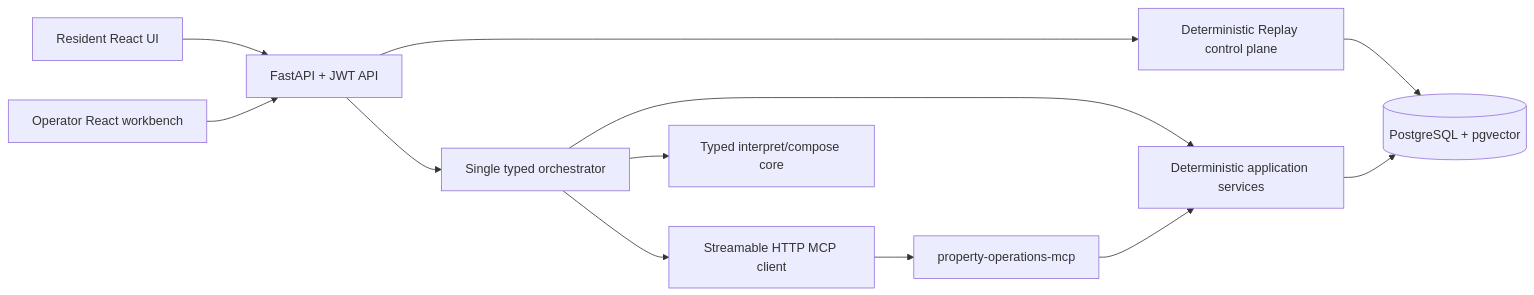
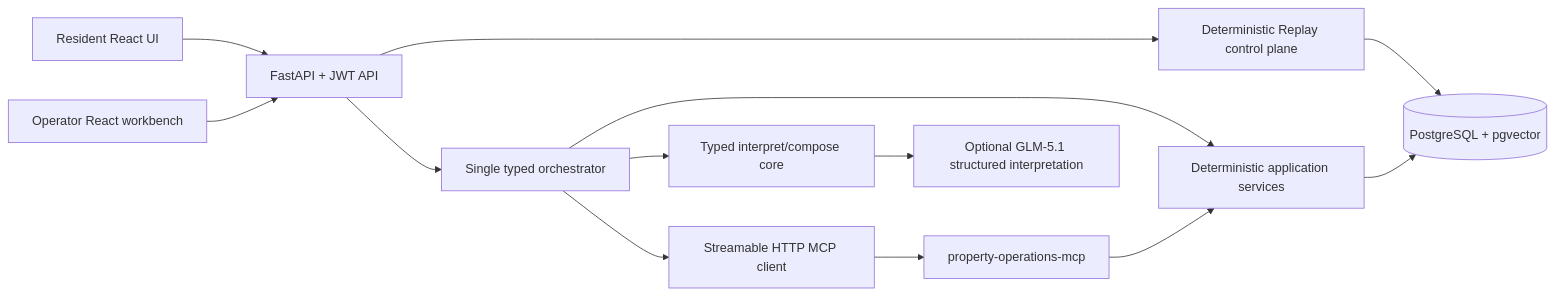
The diagram in docs/ARCHITECTURE.md (zzhou854/fixflow), drawn with Mermaid before and after one commit. The commit also changed other lines of this file and 48 other files, not shown here.

Commit message:
feat: add GLM-5.1 structured interpretation provider

````diff
--- a/docs/ARCHITECTURE.md
+++ b/docs/ARCHITECTURE.md
@@ -5,14 +5,15 @@
 ```mermaid
 flowchart LR
     Resident["Resident React UI"] --> API["FastAPI + JWT API"]
     Operator["Operator React workbench"] --> API
     API --> Replay["Deterministic Replay control plane"]
     Replay --> PostgreSQL
     API --> Orchestrator["Single typed orchestrator"]
     Orchestrator --> Services["Deterministic application services"]
     Orchestrator --> LLM["Typed interpret/compose core"]
+    LLM --> GLM["Optional GLM-5.1 structured interpretation"]
     Orchestrator --> MCPClient["Streamable HTTP MCP client"]
     MCPClient --> MCP["property-operations-mcp"]
     MCP --> Services
     Services --> PostgreSQL[("PostgreSQL + pgvector")]
 ```
````
